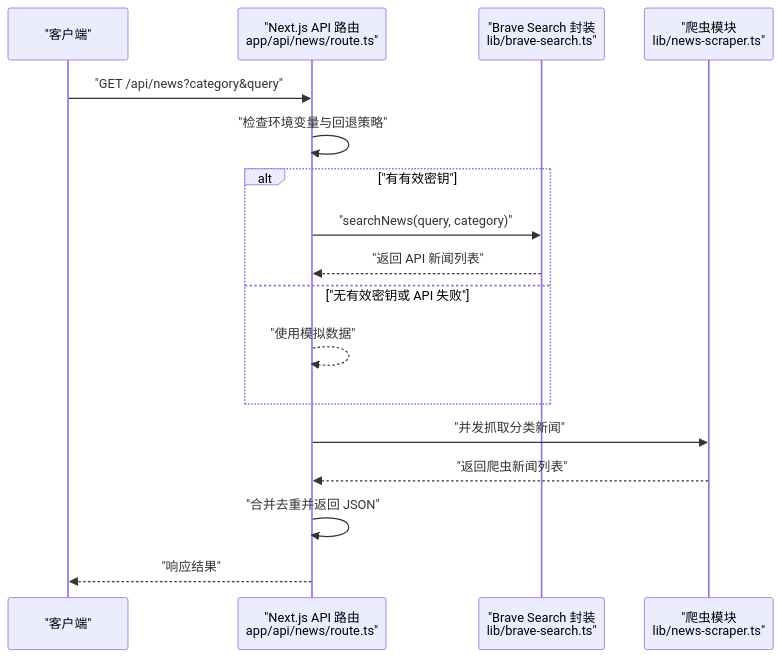
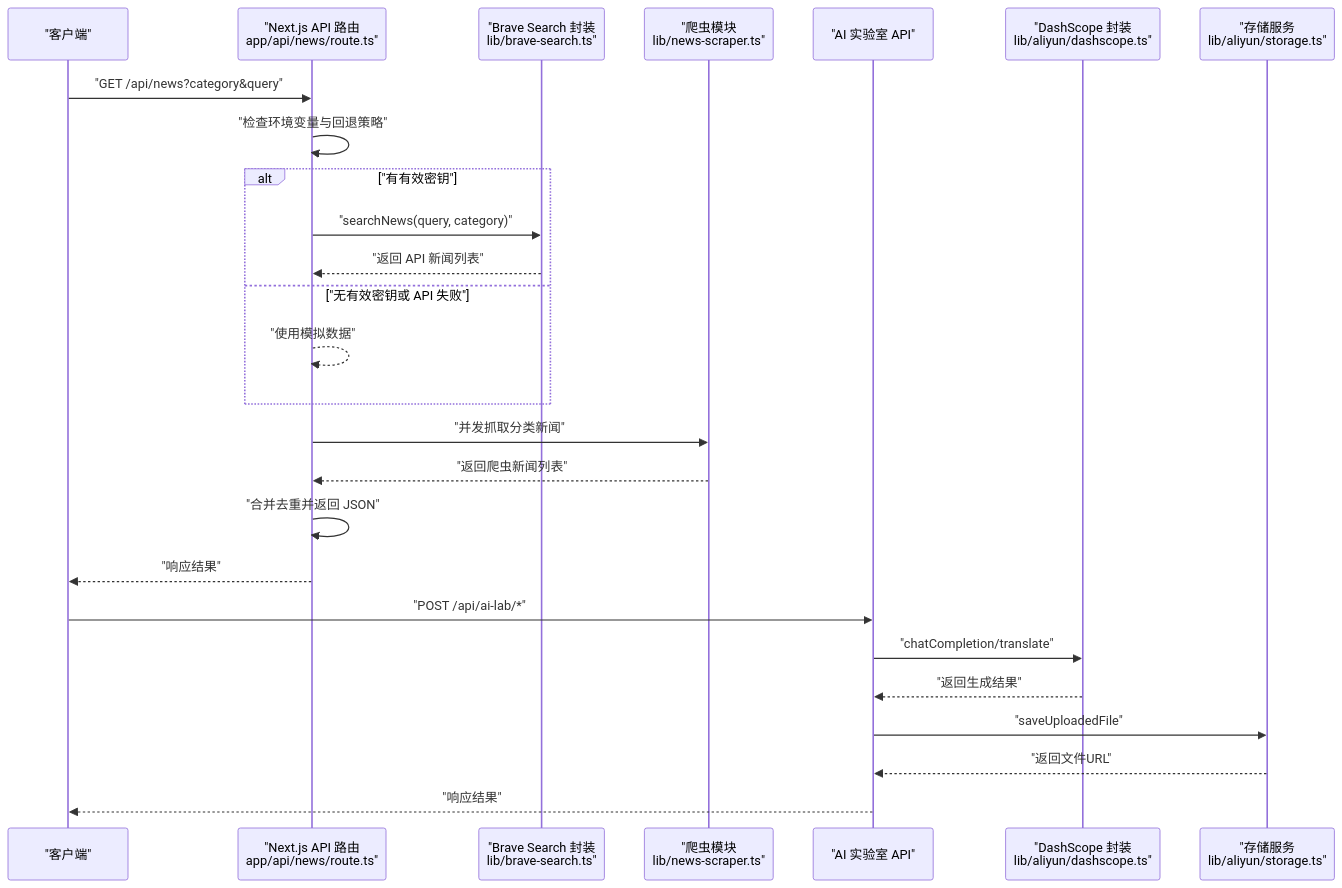
Before and after one commit to zuozuoliu740-cmd/xianxiong-news: the second of 8 diagrams in .qoder/repowiki/zh/content/扩展和定制/第三方集成.md, drawn with Mermaid. The commit also changed other lines of this file and 6 other files, not shown here.

````diff
--- a/.qoder/repowiki/zh/content/扩展和定制/第三方集成.md
+++ b/.qoder/repowiki/zh/content/扩展和定制/第三方集成.md
@@ -128,19 +169,28 @@
 ```mermaid
 sequenceDiagram
 participant C as "客户端"
 participant R as "Next.js API 路由<br/>app/api/news/route.ts"
 participant B as "Brave Search 封装<br/>lib/brave-search.ts"
 participant S as "爬虫模块<br/>lib/news-scraper.ts"
 C->>R : "GET /api/news?category&query"
 R->>R : "检查环境变量与回退策略"
 alt "有有效密钥"
 R->>B : "searchNews(query, category)"
 B-->>R : "返回 API 新闻列表"
 else "无有效密钥或 API 失败"
 R-->>R : "使用模拟数据"
 end
 R->>S : "并发抓取分类新闻"
 S-->>R : "返回爬虫新闻列表"
 R->>R : "合并去重并返回 JSON"
 R-->>C : "响应结果"
+participant A as "AI 实验室 API"
+participant D as "DashScope 封装<br/>lib/aliyun/dashscope.ts"
+participant ST as "存储服务<br/>lib/aliyun/storage.ts"
+C->>A : "POST /api/ai-lab/*"
+A->>D : "chatCompletion/translate"
+D-->>A : "返回生成结果"
+A->>ST : "saveUploadedFile"
+ST-->>A : "返回文件URL"
+A-->>C : "响应结果"
 ```
````
